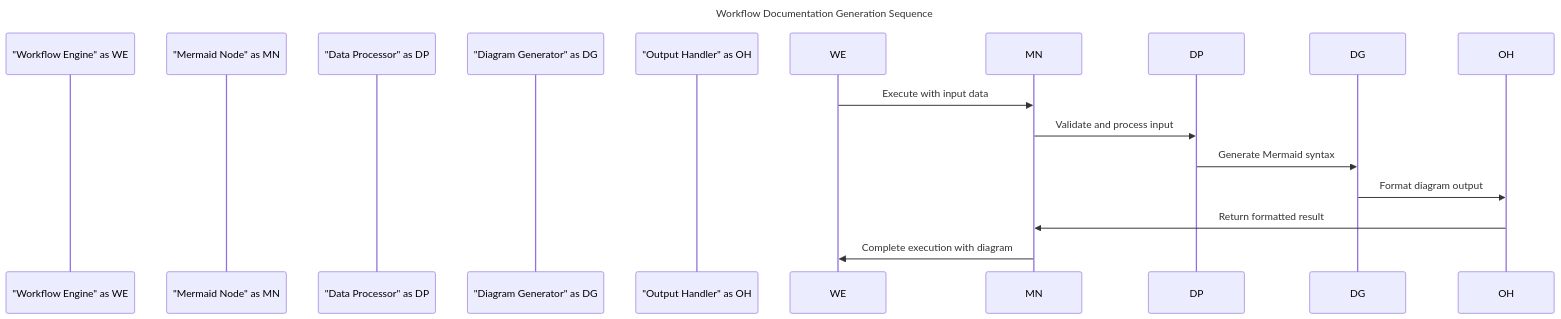
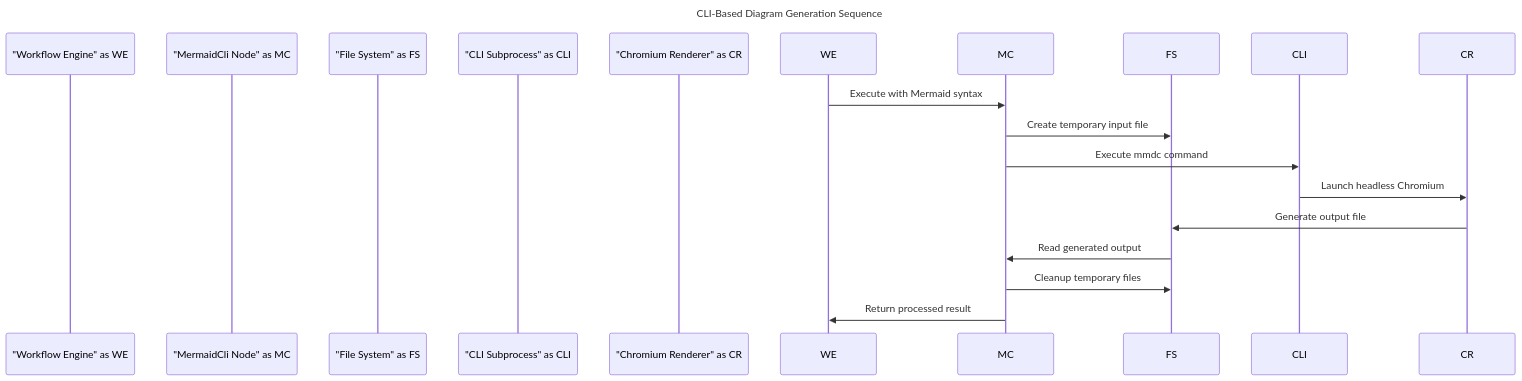
One commit to RustedVikingOG/n8n-nodes-mermaid changed the second of 18 diagrams in docs/designs/use_cases.md. Above: the diagram before and after it, drawn with Mermaid. The commit also changed other lines of this file and 5 other files, not shown here.

Commit message:
docs: complete architecture and use cases documentation sync per documenter-prompt requirements

````diff
--- a/docs/designs/use_cases.md
+++ b/docs/designs/use_cases.md
@@ -44,18 +49,20 @@
 ```mermaid
 ---
-title: Workflow Documentation Generation Sequence
+title: CLI-Based Diagram Generation Sequence
 ---
 sequenceDiagram
     participant "Workflow Engine" as WE
-    participant "Mermaid Node" as MN
-    participant "Data Processor" as DP
-    participant "Diagram Generator" as DG
-    participant "Output Handler" as OH
+    participant "MermaidCli Node" as MC
+    participant "File System" as FS
+    participant "CLI Subprocess" as CLI
+    participant "Chromium Renderer" as CR
     
-    WE->>MN: Execute with input data
-    MN->>DP: Validate and process input
-    DP->>DG: Generate Mermaid syntax
-    DG->>OH: Format diagram output
-    OH->>MN: Return formatted result
-    MN->>WE: Complete execution with diagram
+    WE->>MC: Execute with Mermaid syntax
+    MC->>FS: Create temporary input file
+    MC->>CLI: Execute mmdc command
+    CLI->>CR: Launch headless Chromium
+    CR->>FS: Generate output file
+    FS->>MC: Read generated output
+    MC->>FS: Cleanup temporary files
+    MC->>WE: Return processed result
 ```
````
